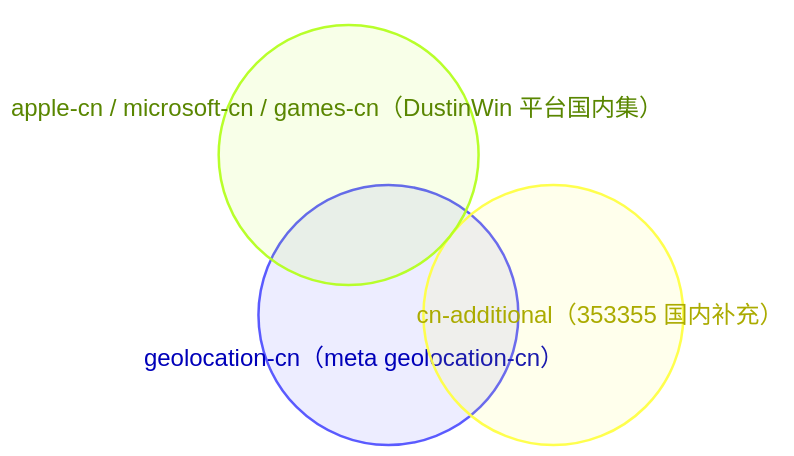
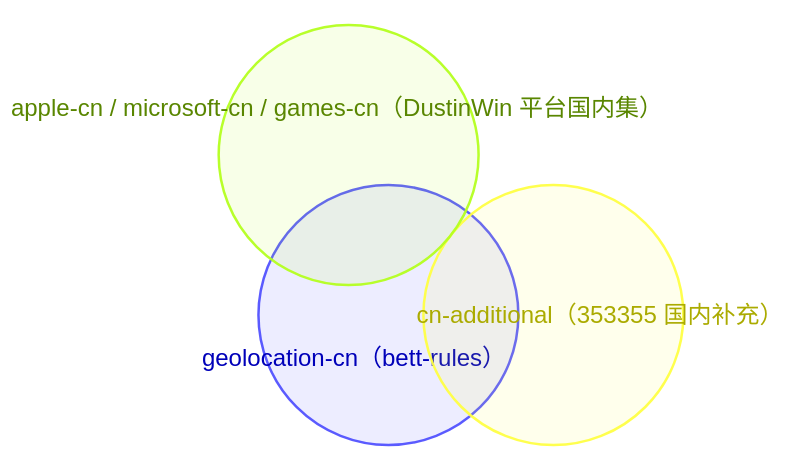
Before and after one commit to XVSVTsama/XVSVT-Clash-Config: the first of 5 diagrams in README.md, drawn with Mermaid. The commit also changed other lines of this file and 2 other files, not shown here.

Commit message:
refactor(rules): drop cncidr and switch geolocation-cn to bett-rules
- Remove the cncidr rule provider plus its RULE-SET, skip-dst-address and WebRTC AND references; echs_direct_ip already covers every cncidr network at address level, so DIRECT coverage is unchanged.
- Point geolocation-cn at appshubcc/bett-rules meta/geo/geosite/geolocation-cn.mrs instead of meta-rules-dat.
- Refresh the README overlap figures for the new geolocation-cn source.

````diff
--- a/README.md
+++ b/README.md
@@ -282,8 +282,8 @@
 ```mermaid
 venn-beta
-  set G["geolocation-cn（meta geolocation-cn）"]
+  set G["geolocation-cn（bett-rules）"]
   set A["cn-additional（353355 国内补充）"]
   set S["apple-cn / microsoft-cn / games-cn（DustinWin 平台国内集）"]
   union G,A
   union G,S
 ```
````
